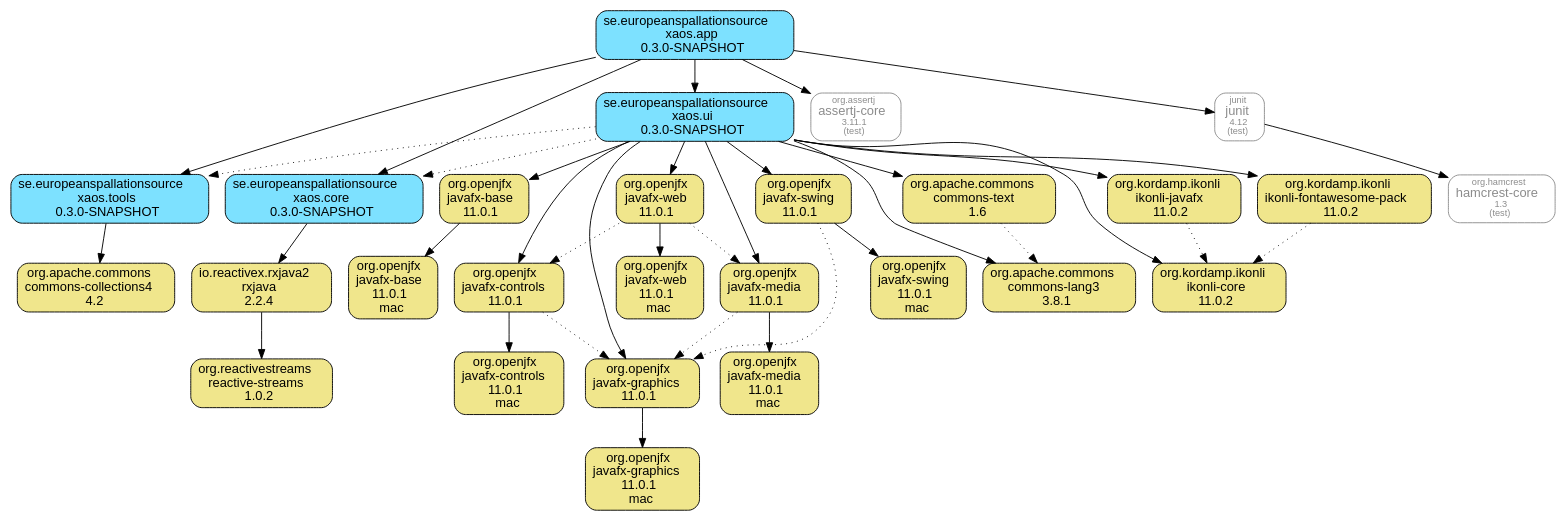
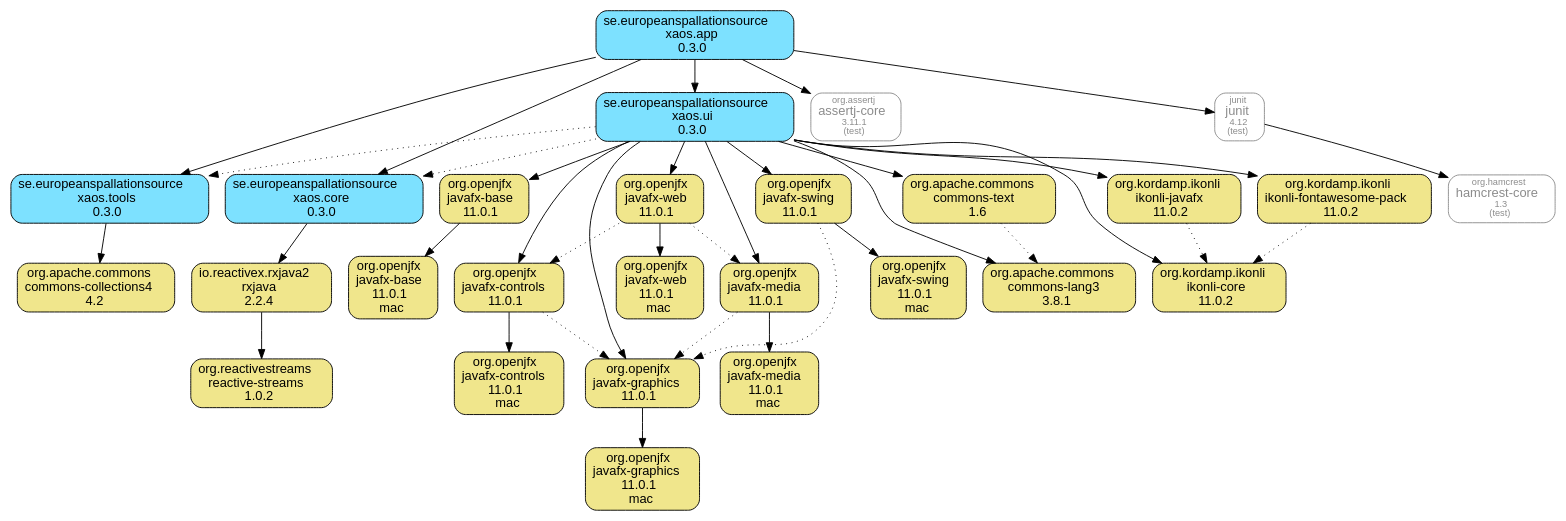
The diagram in xaos.app.module/doc/maven-dependencies.dot (ESSICS/XAOS), drawn with Graphviz before and after one commit. The commit also changed 15 other files, not shown here.

```diff
--- a/xaos.app.module/doc/maven-dependencies.dot
+++ b/xaos.app.module/doc/maven-dependencies.dot
@@ -1,71 +1,71 @@
 digraph "xaos.app" {
   node [shape="box",style="rounded",fontname="Helvetica",fontsize="14"]
   edge [fontsize="10",fontname="Helvetica"]
 
   // Node Definitions:
-  "se.europeanspallationsource:xaos.tools:jar"[shape="box",style="rounded, filled",fillcolor="#7DE1FF",label=<se.europeanspallationsource<br/>xaos.tools<br/>0.3.0-SNAPSHOT>]
+  "se.europeanspallationsource:xaos.tools:jar"[shape="box",style="rounded, filled",fillcolor="#7DE1FF",label=<se.europeanspallationsource<br/>xaos.tools<br/>0.3.0>]
   "org.apache.commons:commons-collections4:jar"[shape="box",style="rounded, filled",fillcolor="khaki",label=<org.apache.commons<br/>commons-collections4<br/>4.2>]
-  "se.europeanspallationsource:xaos.app:jar"[shape="box",style="rounded, filled",fillcolor="#7DE1FF",label=<se.europeanspallationsource<br/>xaos.app<br/>0.3.0-SNAPSHOT>]
+  "se.europeanspallationsource:xaos.app:jar"[shape="box",style="rounded, filled",fillcolor="#7DE1FF",label=<se.europeanspallationsource<br/>xaos.app<br/>0.3.0>]
   "io.reactivex.rxjava2:rxjava:jar"[shape="box",style="rounded, filled",fillcolor="khaki",label=<io.reactivex.rxjava2<br/>rxjava<br/>2.2.4>]
   "org.reactivestreams:reactive-streams:jar"[shape="box",style="rounded, filled",fillcolor="khaki",label=<org.reactivestreams<br/>reactive-streams<br/>1.0.2>]
-  "se.europeanspallationsource:xaos.core:jar"[shape="box",style="rounded, filled",fillcolor="#7DE1FF",label=<se.europeanspallationsource<br/>xaos.core<br/>0.3.0-SNAPSHOT>]
+  "se.europeanspallationsource:xaos.core:jar"[shape="box",style="rounded, filled",fillcolor="#7DE1FF",label=<se.europeanspallationsource<br/>xaos.core<br/>0.3.0>]
   "org.openjfx:javafx-base:jar"[shape="box",style="rounded, filled",fillcolor="khaki",label=<org.openjfx<br/>javafx-base<br/>11.0.1>]
   "org.openjfx:javafx-base:jar:mac"[shape="box",style="rounded, filled",fillcolor="khaki",label=<org.openjfx<br/>javafx-base<br/>11.0.1<br/>mac>]
-  "se.europeanspallationsource:xaos.ui:jar"[shape="box",style="rounded, filled",fillcolor="#7DE1FF",label=<se.europeanspallationsource<br/>xaos.ui<br/>0.3.0-SNAPSHOT>]
+  "se.europeanspallationsource:xaos.ui:jar"[shape="box",style="rounded, filled",fillcolor="#7DE1FF",label=<se.europeanspallationsource<br/>xaos.ui<br/>0.3.0>]
   "org.openjfx:javafx-controls:jar"[shape="box",style="rounded, filled",fillcolor="khaki",label=<org.openjfx<br/>javafx-controls<br/>11.0.1>]
   "org.openjfx:javafx-controls:jar:mac"[shape="box",style="rounded, filled",fillcolor="khaki",label=<org.openjfx<br/>javafx-controls<br/>11.0.1<br/>mac>]
   "org.openjfx:javafx-graphics:jar"[shape="box",style="rounded, filled",fillcolor="khaki",label=<org.openjfx<br/>javafx-graphics<br/>11.0.1>]
   "org.openjfx:javafx-graphics:jar:mac"[shape="box",style="rounded, filled",fillcolor="khaki",label=<org.openjfx<br/>javafx-graphics<br/>11.0.1<br/>mac>]
   "org.openjfx:javafx-media:jar"[shape="box",style="rounded, filled",fillcolor="khaki",label=<org.openjfx<br/>javafx-media<br/>11.0.1>]
   "org.openjfx:javafx-media:jar:mac"[shape="box",style="rounded, filled",fillcolor="khaki",label=<org.openjfx<br/>javafx-media<br/>11.0.1<br/>mac>]
   "org.openjfx:javafx-swing:jar"[shape="box",style="rounded, filled",fillcolor="khaki",label=<org.openjfx<br/>javafx-swing<br/>11.0.1>]
   "org.openjfx:javafx-swing:jar:mac"[shape="box",style="rounded, filled",fillcolor="khaki",label=<org.openjfx<br/>javafx-swing<br/>11.0.1<br/>mac>]
   "org.openjfx:javafx-web:jar"[shape="box",style="rounded, filled",fillcolor="khaki",label=<org.openjfx<br/>javafx-web<br/>11.0.1>]
   "org.openjfx:javafx-web:jar:mac"[shape="box",style="rounded, filled",fillcolor="khaki",label=<org.openjfx<br/>javafx-web<br/>11.0.1<br/>mac>]
   "org.apache.commons:commons-lang3:jar"[shape="box",style="rounded, filled",fillcolor="khaki",label=<org.apache.commons<br/>commons-lang3<br/>3.8.1>]
   "org.apache.commons:commons-text:jar"[shape="box",style="rounded, filled",fillcolor="khaki",label=<org.apache.commons<br/>commons-text<br/>1.6>]
   "org.kordamp.ikonli:ikonli-core:jar"[shape="box",style="rounded, filled",fillcolor="khaki",label=<org.kordamp.ikonli<br/>ikonli-core<br/>11.0.2>]
   "org.kordamp.ikonli:ikonli-javafx:jar"[shape="box",style="rounded, filled",fillcolor="khaki",label=<org.kordamp.ikonli<br/>ikonli-javafx<br/>11.0.2>]
   "org.kordamp.ikonli:ikonli-fontawesome-pack:jar"[shape="box",style="rounded, filled",fillcolor="khaki",label=<org.kordamp.ikonli<br/>ikonli-fontawesome-pack<br/>11.0.2>]
   "org.assertj:assertj-core:jar"[shape="box",style="rounded",color="grey55",fontname="Helvetica",fontsize="14",fontcolor="grey55",label=<<font color="grey55" point-size="10">org.assertj</font><br/>assertj-core<font color="grey55" point-size="10"><br/>3.11.1</font><font color="grey55" point-size="10"><br/>(test)</font>>]
   "junit:junit:jar"[shape="box",style="rounded",color="grey55",fontname="Helvetica",fontsize="14",fontcolor="grey55",label=<<font color="grey55" point-size="10">junit</font><br/>junit<font color="grey55" point-size="10"><br/>4.12</font><font color="grey55" point-size="10"><br/>(test)</font>>]
   "org.hamcrest:hamcrest-core:jar"[shape="box",style="rounded",color="grey55",fontname="Helvetica",fontsize="14",fontcolor="grey55",label=<<font color="grey55" point-size="10">org.hamcrest</font><br/>hamcrest-core<font color="grey55" point-size="10"><br/>1.3</font><font color="grey55" point-size="10"><br/>(test)</font>>]
 
   // Edge Definitions:
   "se.europeanspallationsource:xaos.tools:jar" -> "org.apache.commons:commons-collections4:jar"
   "se.europeanspallationsource:xaos.app:jar" -> "se.europeanspallationsource:xaos.tools:jar"
   "io.reactivex.rxjava2:rxjava:jar" -> "org.reactivestreams:reactive-streams:jar"
   "se.europeanspallationsource:xaos.core:jar" -> "io.reactivex.rxjava2:rxjava:jar"
   "se.europeanspallationsource:xaos.app:jar" -> "se.europeanspallationsource:xaos.core:jar"
   "org.openjfx:javafx-base:jar" -> "org.openjfx:javafx-base:jar:mac"
   "se.europeanspallationsource:xaos.ui:jar" -> "org.openjfx:javafx-base:jar"
   "org.openjfx:javafx-controls:jar" -> "org.openjfx:javafx-controls:jar:mac"
   "org.openjfx:javafx-controls:jar" -> "org.openjfx:javafx-graphics:jar"[style="dotted"]
   "se.europeanspallationsource:xaos.ui:jar" -> "org.openjfx:javafx-controls:jar"
   "org.openjfx:javafx-graphics:jar" -> "org.openjfx:javafx-graphics:jar:mac"
   "se.europeanspallationsource:xaos.ui:jar" -> "org.openjfx:javafx-graphics:jar"
   "org.openjfx:javafx-media:jar" -> "org.openjfx:javafx-media:jar:mac"
   "org.openjfx:javafx-media:jar" -> "org.openjfx:javafx-graphics:jar"[style="dotted"]
   "se.europeanspallationsource:xaos.ui:jar" -> "org.openjfx:javafx-media:jar"
   "org.openjfx:javafx-swing:jar" -> "org.openjfx:javafx-swing:jar:mac"
   "org.openjfx:javafx-swing:jar" -> "org.openjfx:javafx-graphics:jar"[style="dotted"]
   "se.europeanspallationsource:xaos.ui:jar" -> "org.openjfx:javafx-swing:jar"
   "org.openjfx:javafx-web:jar" -> "org.openjfx:javafx-web:jar:mac"
   "org.openjfx:javafx-web:jar" -> "org.openjfx:javafx-controls:jar"[style="dotted"]
   "org.openjfx:javafx-web:jar" -> "org.openjfx:javafx-media:jar"[style="dotted"]
   "se.europeanspallationsource:xaos.ui:jar" -> "org.openjfx:javafx-web:jar"
   "se.europeanspallationsource:xaos.ui:jar" -> "org.apache.commons:commons-lang3:jar"
   "org.apache.commons:commons-text:jar" -> "org.apache.commons:commons-lang3:jar"[style="dotted"]
   "se.europeanspallationsource:xaos.ui:jar" -> "org.apache.commons:commons-text:jar"
   "se.europeanspallationsource:xaos.ui:jar" -> "org.kordamp.ikonli:ikonli-core:jar"
   "org.kordamp.ikonli:ikonli-javafx:jar" -> "org.kordamp.ikonli:ikonli-core:jar"[style="dotted"]
   "se.europeanspallationsource:xaos.ui:jar" -> "org.kordamp.ikonli:ikonli-javafx:jar"
   "org.kordamp.ikonli:ikonli-fontawesome-pack:jar" -> "org.kordamp.ikonli:ikonli-core:jar"[style="dotted"]
   "se.europeanspallationsource:xaos.ui:jar" -> "org.kordamp.ikonli:ikonli-fontawesome-pack:jar"
   "se.europeanspallationsource:xaos.ui:jar" -> "se.europeanspallationsource:xaos.tools:jar"[style="dotted"]
   "se.europeanspallationsource:xaos.ui:jar" -> "se.europeanspallationsource:xaos.core:jar"[style="dotted"]
   "se.europeanspallationsource:xaos.app:jar" -> "se.europeanspallationsource:xaos.ui:jar"
   "se.europeanspallationsource:xaos.app:jar" -> "org.assertj:assertj-core:jar"
   "junit:junit:jar" -> "org.hamcrest:hamcrest-core:jar"
   "se.europeanspallationsource:xaos.app:jar" -> "junit:junit:jar"
 }
```
